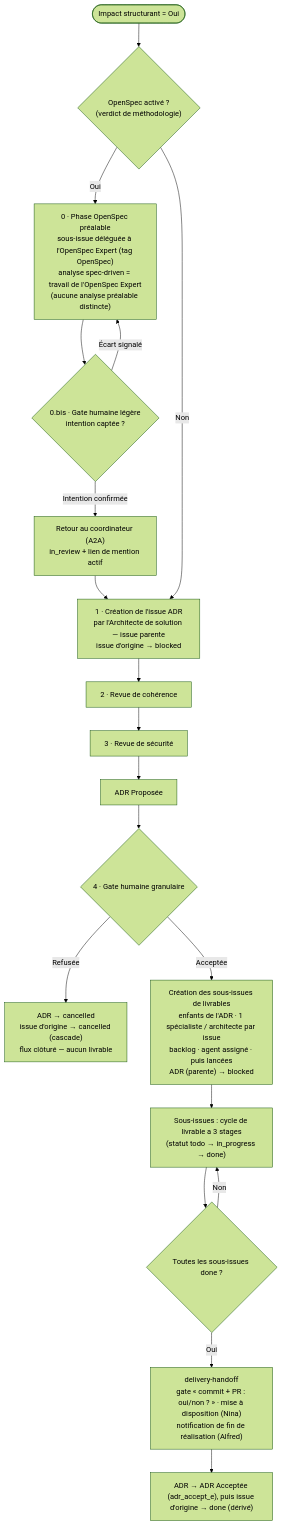
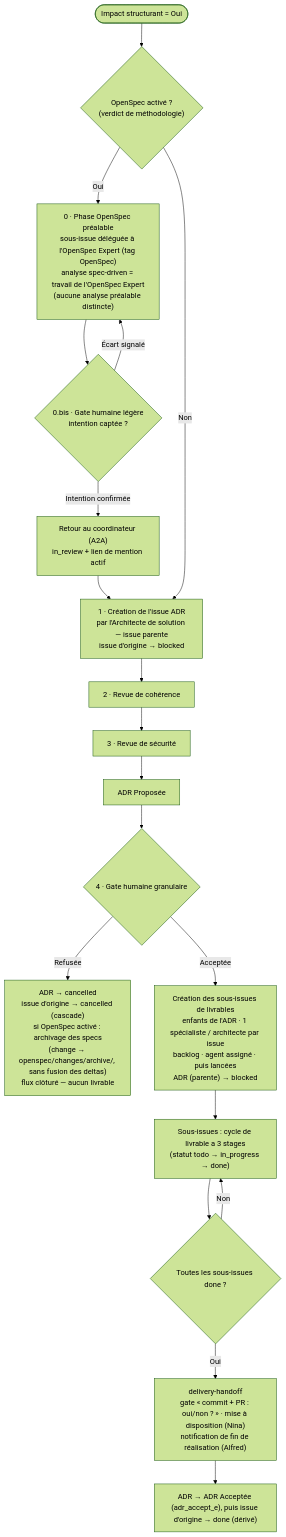
One commit to Gsyltc/homelab-portfolio changed the diagram in core/common/stages/inception/deliverables-breakdown.md. Above: the diagram before and after it, drawn with Mermaid (forest theme). The commit also changed other lines of this file and 2 other files, not shown here.

First line of the commit message:
feat(core): archivage des specs OpenSpec sur ADR refusée (ORIG-296)

````diff
--- a/core/common/stages/inception/deliverables-breakdown.md
+++ b/core/common/stages/inception/deliverables-breakdown.md
@@ -52,21 +52,21 @@
 ```mermaid
 flowchart TD
     Start([Impact structurant = Oui]) --> Meth{"OpenSpec activé ?<br/>(verdict de méthodologie)"}
     Meth -->|Oui| OS["0 · Phase OpenSpec préalable<br/>sous-issue déléguée à l'OpenSpec Expert (tag OpenSpec)<br/>analyse spec-driven = travail de l'OpenSpec Expert<br/>(aucune analyse préalable distincte)"]
     OS --> LGate{"0.bis · Gate humaine légère<br/>intention captée ?"}
     LGate -->|Écart signalé| OS
     LGate -->|Intention confirmée| Ret["Retour au coordinateur (A2A)<br/>in_review + lien de mention actif"]
     Ret --> A1
     Meth -->|Non| A1
     A1["1 · Création de l'issue ADR<br/>par l'Architecte de solution — issue parente<br/>issue d'origine → blocked"] --> A2
     A2["2 · Revue de cohérence"] --> A3
     A3["3 · Revue de sécurité"] --> Prop["ADR Proposée"]
     Prop --> Gate{"4 · Gate humaine granulaire"}
-    Gate -->|Refusée| KO["ADR → cancelled<br/>issue d'origine → cancelled (cascade)<br/>flux clôturé — aucun livrable"]
+    Gate -->|Refusée| KO["ADR → cancelled<br/>issue d'origine → cancelled (cascade)<br/>si OpenSpec activé : archivage des specs<br/>(change → openspec/changes/archive/, sans fusion des deltas)<br/>flux clôturé — aucun livrable"]
     Gate -->|Acceptée| Issues["Création des sous-issues de livrables<br/>enfants de l'ADR · 1 spécialiste / architecte par issue<br/>backlog · agent assigné · puis lancées<br/>ADR (parente) → blocked"]
     Issues --> Run["Sous-issues : cycle de livrable a 3 stages<br/>(statut todo → in_progress → done)"]
     Run --> Check{"Toutes les sous-issues done ?"}
     Check -->|Non| Run
     Check -->|Oui| DH["delivery-handoff<br/>gate « commit + PR : oui/non ? » · mise à disposition (Nina)<br/>notification de fin de réalisation (Alfred)"]
     DH --> Done["ADR → ADR Acceptée (adr_accept_e), puis issue d'origine → done (dérivé)"]
 ```
````
